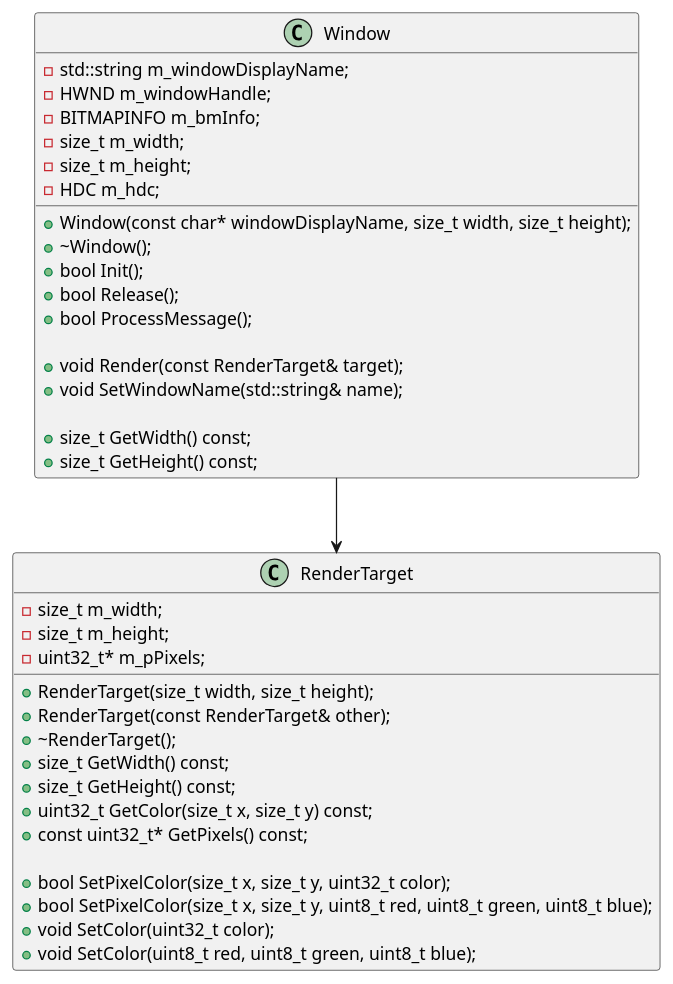
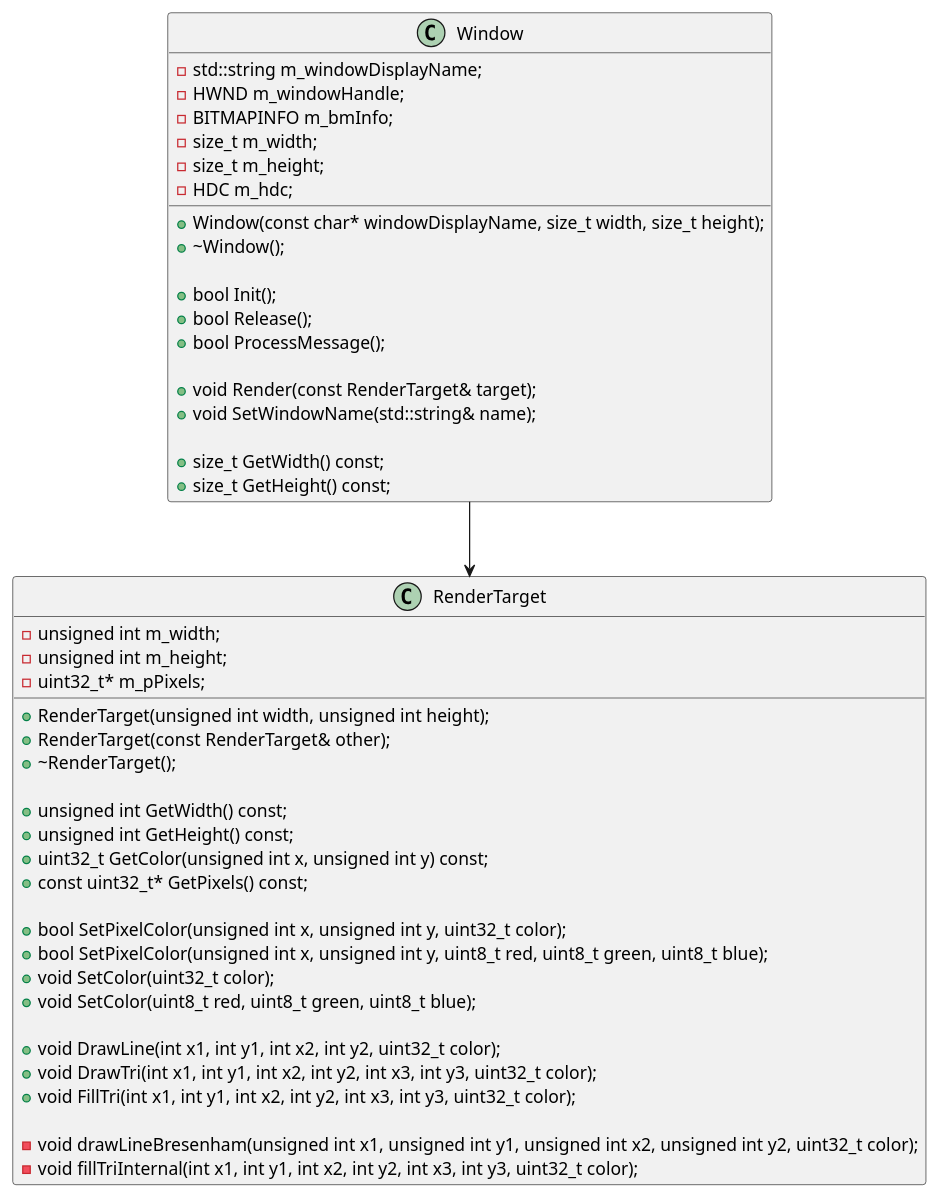
Before and after one commit to Schtekt/FryEngine: the diagram in FryEngine/src/FryEngine/Rendering/Documentation/UML.plantuml, drawn with PlantUML. The commit also changed 3 other files, not shown here.

```diff
--- a/FryEngine/src/FryEngine/Rendering/Documentation/UML.plantuml
+++ b/FryEngine/src/FryEngine/Rendering/Documentation/UML.plantuml
@@ -1,47 +1,54 @@
 @startuml Rendering
 class Window 
 {
     +Window(const char* windowDisplayName, size_t width, size_t height);
     +~Window();
+    
     +bool Init();
     +bool Release();
     +bool ProcessMessage();
 
     +void Render(const RenderTarget& target);
     +void SetWindowName(std::string& name);
 
     +size_t GetWidth() const;
     +size_t GetHeight() const;
 
     -std::string m_windowDisplayName;
     -HWND m_windowHandle;
     -BITMAPINFO m_bmInfo;
     -size_t m_width;
     -size_t m_height;
     -HDC m_hdc;
 }
 
 class RenderTarget
 {
-    +RenderTarget(size_t width, size_t height);
+    +RenderTarget(unsigned int width, unsigned int height);
     +RenderTarget(const RenderTarget& other);
     +~RenderTarget();
 
-
-    +size_t GetWidth() const;
-    +size_t GetHeight() const;
-    +uint32_t GetColor(size_t x, size_t y) const;
+    +unsigned int GetWidth() const;
+    +unsigned int GetHeight() const;
+    +uint32_t GetColor(unsigned int x, unsigned int y) const;
     +const uint32_t* GetPixels() const;
 
-    +bool SetPixelColor(size_t x, size_t y, uint32_t color);
-    +bool SetPixelColor(size_t x, size_t y, uint8_t red, uint8_t green, uint8_t blue);
+    +bool SetPixelColor(unsigned int x, unsigned int y, uint32_t color);
+    +bool SetPixelColor(unsigned int x, unsigned int y, uint8_t red, uint8_t green, uint8_t blue);
     +void SetColor(uint32_t color);
     +void SetColor(uint8_t red, uint8_t green, uint8_t blue);
 
-    -size_t m_width;
-    -size_t m_height;
+    +void DrawLine(int x1, int y1, int x2, int y2, uint32_t color);
+    +void DrawTri(int x1, int y1, int x2, int y2, int x3, int y3, uint32_t color);
+    +void FillTri(int x1, int y1, int x2, int y2, int x3, int y3, uint32_t color);
+
+    -void drawLineBresenham(unsigned int x1, unsigned int y1, unsigned int x2, unsigned int y2, uint32_t color);
+    -void fillTriInternal(int x1, int y1, int x2, int y2, int x3, int y3, uint32_t color);
+
+    -unsigned int m_width;
+    -unsigned int m_height;
     -uint32_t* m_pPixels;
 }
 
 Window --> RenderTarget
 @enduml
```
